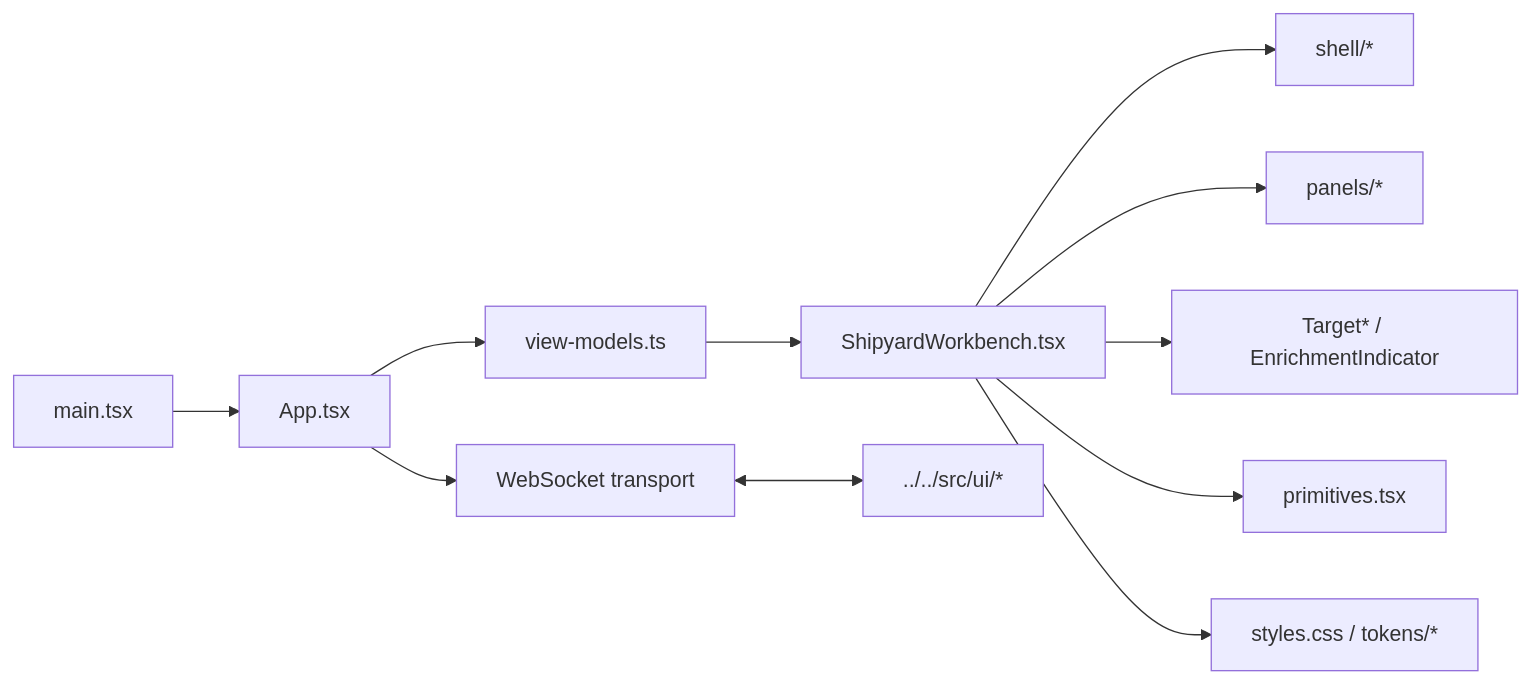
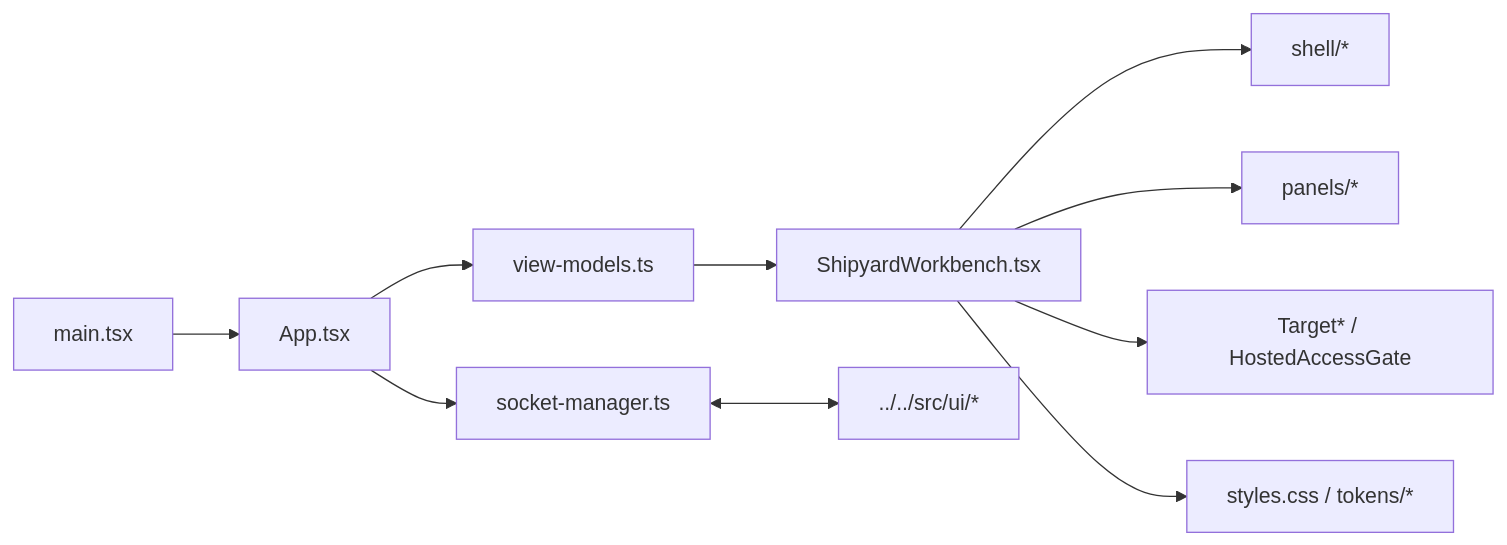
Before and after one commit to thisisyoussef/shipyard: the diagram in shipyard/ui/src/README.md, drawn with Mermaid. The commit also changed other lines of this file and 21 other files, not shown here.

First line of the commit message:
docs: refresh runtime architecture guides

````diff
--- a/shipyard/ui/src/README.md
+++ b/shipyard/ui/src/README.md
@@ -39,25 +47,23 @@
 ```mermaid
 flowchart LR
   Main["main.tsx"]
   App["App.tsx"]
-  Socket["WebSocket transport"]
+  Socket["socket-manager.ts"]
   Vm["view-models.ts"]
   Workbench["ShipyardWorkbench.tsx"]
   Shell["shell/*"]
   Panels["panels/*"]
-  TargetUi["Target* / EnrichmentIndicator"]
-  Primitives["primitives.tsx"]
+  TargetUi["Target* / HostedAccessGate"]
   Styles["styles.css / tokens/*"]
   Backend["../../src/ui/*"]
 
   Main --> App
   App --> Socket
   Socket <--> Backend
   App --> Vm
   Vm --> Workbench
   Workbench --> Shell
   Workbench --> Panels
   Workbench --> TargetUi
-  Workbench --> Primitives
   Workbench --> Styles
 ```
````
